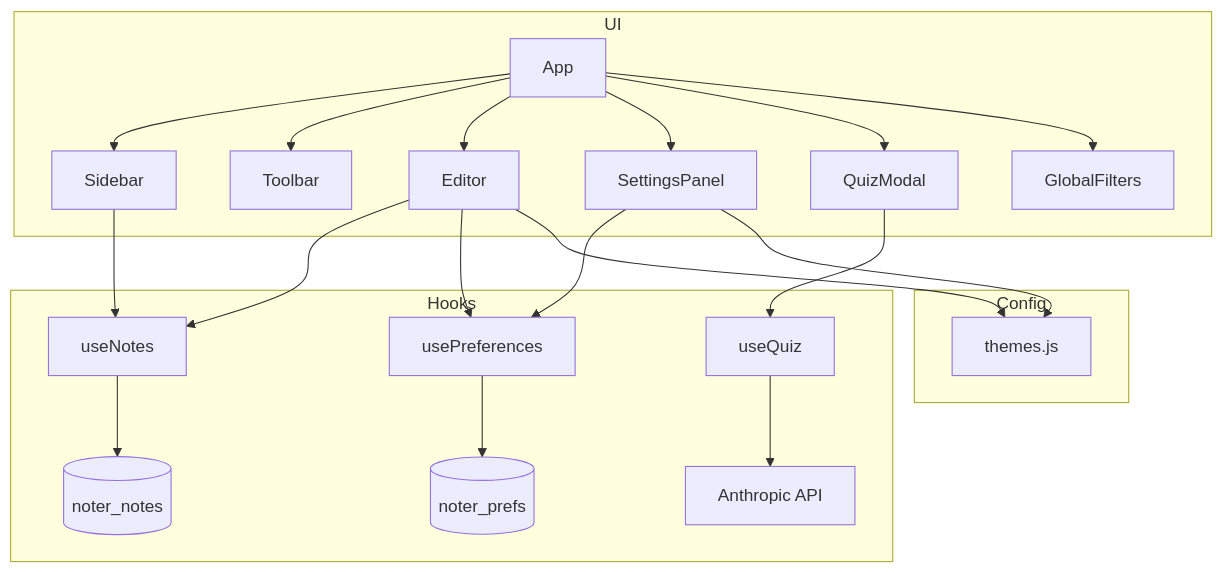
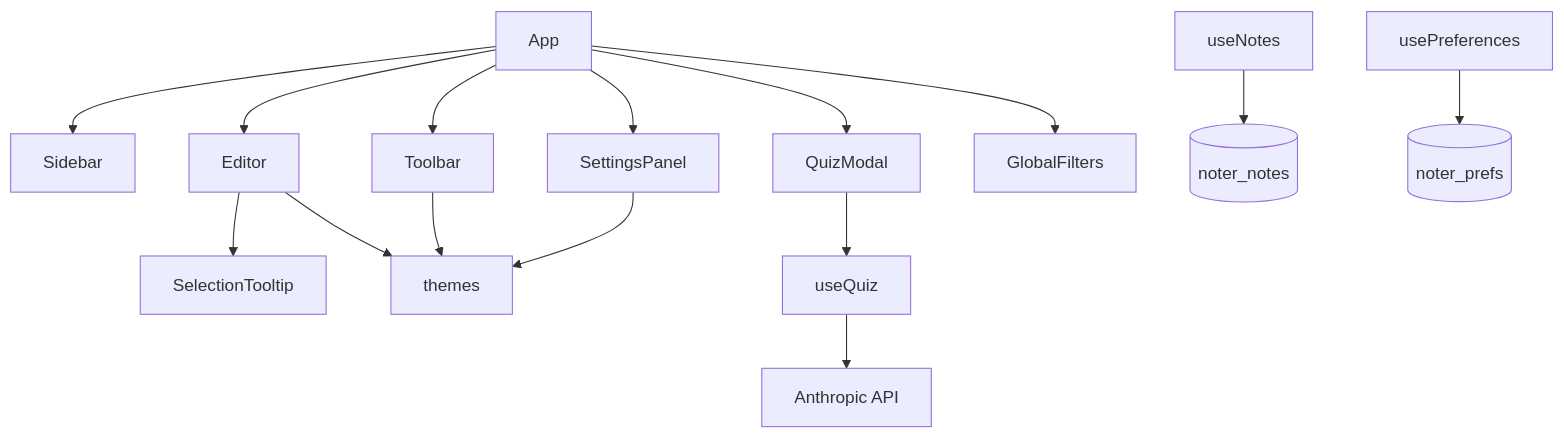
One commit to FDCClarence/notes changed the diagram in project_handoff.md. Above: the diagram before and after it, drawn with Mermaid. The commit also changed other lines of this file and 5 other files, not shown here.

````diff
--- a/project_handoff.md
+++ b/project_handoff.md
@@ -556,29 +339,17 @@
 ```mermaid
 flowchart TB
-  subgraph UI
-    App --> Sidebar
-    App --> Toolbar
-    App --> Editor
-    App --> SettingsPanel
-    App --> QuizModal
-    App --> GlobalFilters
-  end
-
-  subgraph Hooks
-    useNotes --> LS_N[(noter_notes)]
-    usePreferences --> LS_P[(noter_prefs)]
-    QuizModal --> useQuiz
-    useQuiz --> Anthropic[Anthropic API]
-  end
-
-  subgraph Config
-    themes[themes.js]
-  end
-
-  Editor --> useNotes
-  Editor --> usePreferences
+  App --> Sidebar
+  App --> Toolbar
+  App --> Editor
+  App --> SettingsPanel
+  App --> QuizModal
+  App --> GlobalFilters
+  Editor --> SelectionTooltip
   Editor --> themes
-  SettingsPanel --> usePreferences
+  Toolbar --> themes
   SettingsPanel --> themes
-  Sidebar --> useNotes
+  useNotes --> LS_N[(noter_notes)]
+  usePreferences --> LS_P[(noter_prefs)]
+  QuizModal --> useQuiz
+  useQuiz --> Anthropic[Anthropic API]
 ```
````
